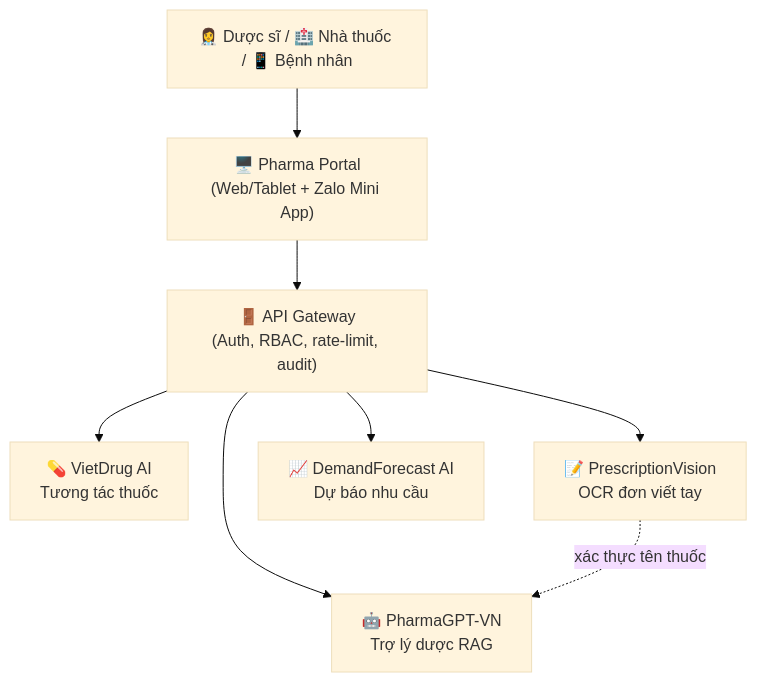
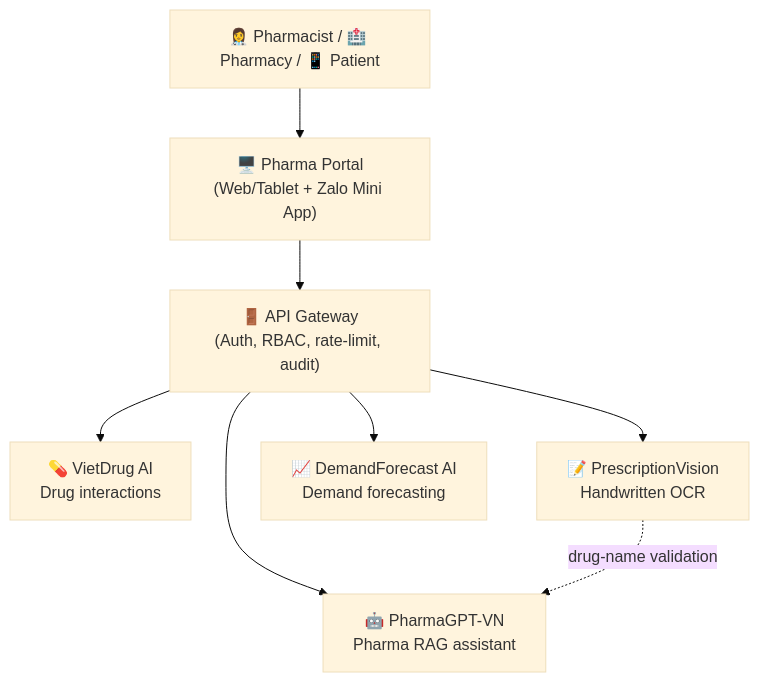
The diagram in profile/README.md (AuLac-Grand-Prize/.github), drawn with Mermaid (base theme) before and after one commit. The commit also changed other lines of this file, not shown here.

````diff
--- a/profile/README.md
+++ b/profile/README.md
@@ -33,10 +33,10 @@
 ```mermaid
 flowchart TD
-    U["👩‍⚕️ Dược sĩ / 🏥 Nhà thuốc / 📱 Bệnh nhân"] --> P["🖥️ Pharma Portal<br/>(Web/Tablet + Zalo Mini App)"]
+    U["👩‍⚕️ Pharmacist / 🏥 Pharmacy / 📱 Patient"] --> P["🖥️ Pharma Portal<br/>(Web/Tablet + Zalo Mini App)"]
     P --> G["🚪 API Gateway<br/>(Auth, RBAC, rate-limit, audit)"]
-    G --> E1["💊 VietDrug AI<br/>Tương tác thuốc"]
-    G --> E2["📝 PrescriptionVision<br/>OCR đơn viết tay"]
-    G --> E3["🤖 PharmaGPT-VN<br/>Trợ lý dược RAG"]
-    G --> E4["📈 DemandForecast AI<br/>Dự báo nhu cầu"]
-    E2 -. xác thực tên thuốc .-> E3
+    G --> E1["💊 VietDrug AI<br/>Drug interactions"]
+    G --> E2["📝 PrescriptionVision<br/>Handwritten OCR"]
+    G --> E3["🤖 PharmaGPT-VN<br/>Pharma RAG assistant"]
+    G --> E4["📈 DemandForecast AI<br/>Demand forecasting"]
+    E2 -. drug-name validation .-> E3
 ```
````
